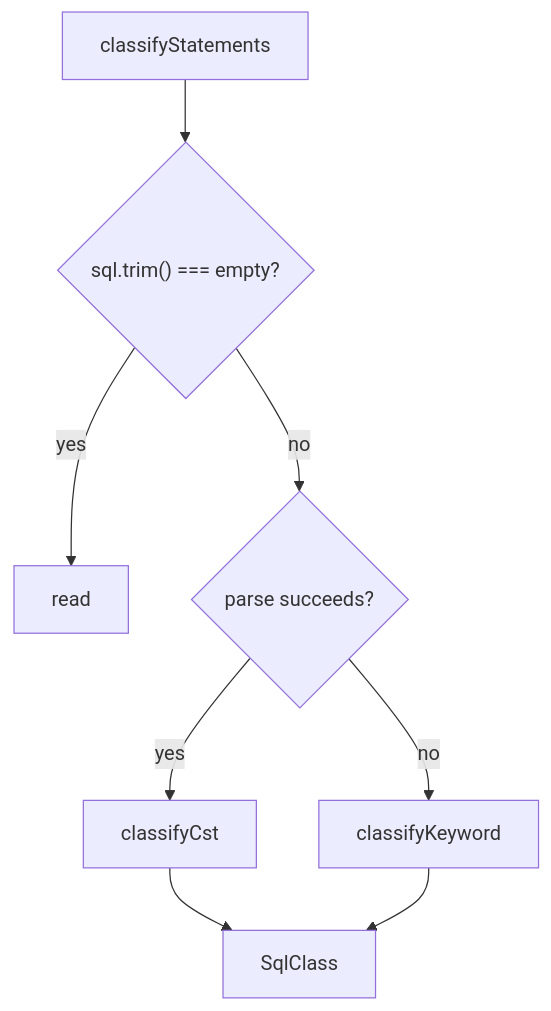
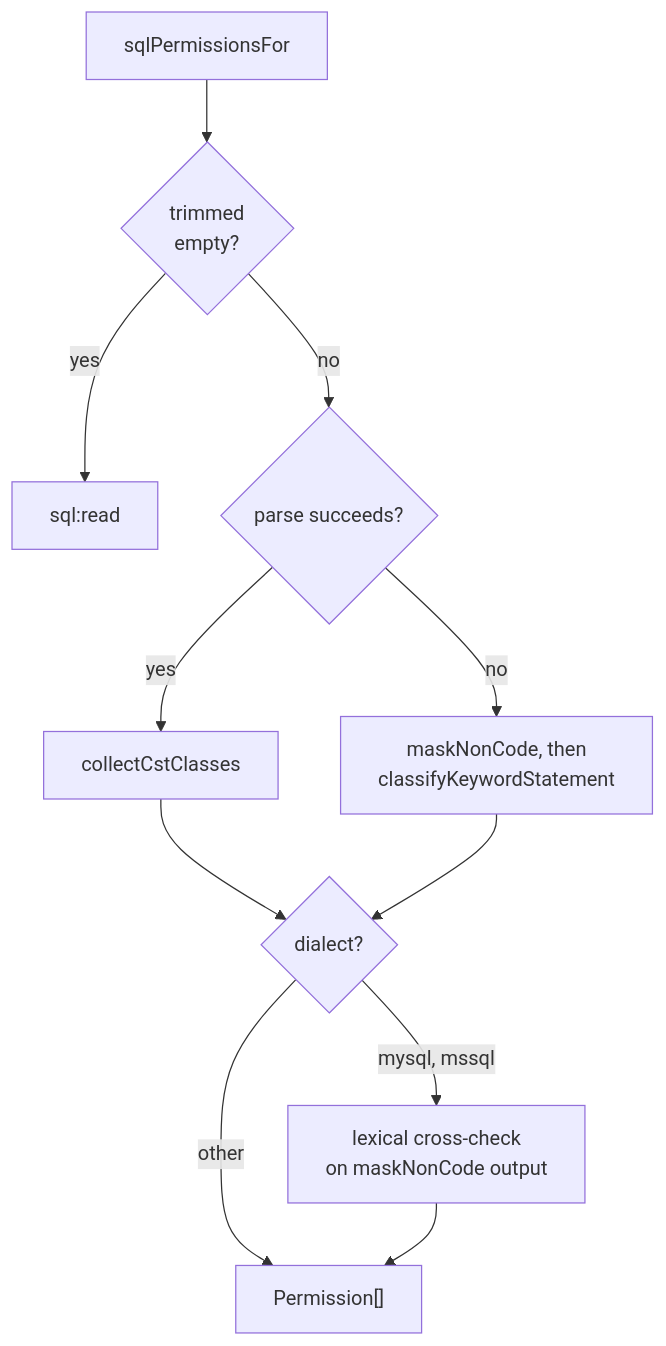
One commit to noormdev/noorm changed the fifth of 5 diagrams in docs/wiki/core-policy.md. Above: the diagram before and after it, drawn with Mermaid. The commit also changed other lines of this file and 349 other files, not shown here.

````diff
--- a/docs/wiki/core-policy.md
+++ b/docs/wiki/core-policy.md
@@ -104,11 +120,14 @@
 ```mermaid
 flowchart TD
     %% source: src/core/policy/classify.ts
-    C["classifyStatements"] --> E{"sql.trim() === empty?"}
-    E -->|yes| R["read"]
+    S["sqlPermissionsFor"] --> E{"trimmed<br/>empty?"}
+    E -->|yes| R["sql:read"]
     E -->|no| P{"parse succeeds?"}
-    P -->|yes| T["classifyCst"]
-    P -->|no| K["classifyKeyword"]
-    T --> S["SqlClass"]
-    K --> S
+    P -->|yes| T["collectCstClasses"]
+    P -->|no| K["maskNonCode, then<br/>classifyKeywordStatement"]
+    T --> X{"dialect?"}
+    K --> X
+    X -->|mysql, mssql| L["lexical cross-check<br/>on maskNonCode output"]
+    X -->|other| O["Permission[]"]
+    L --> O
 ```
````
